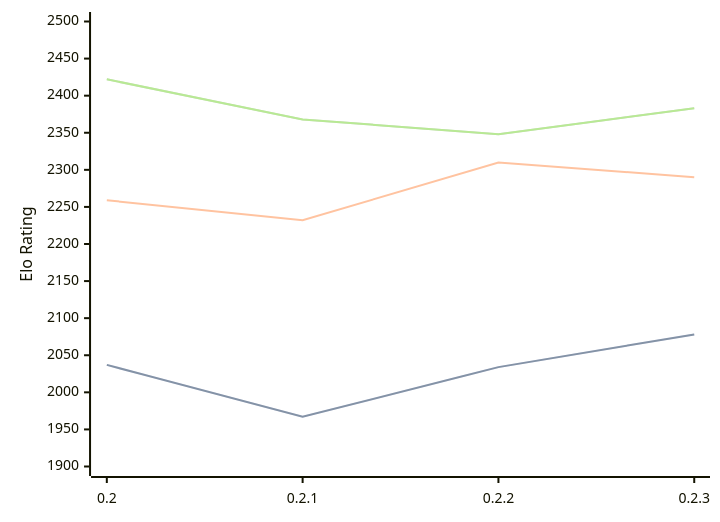
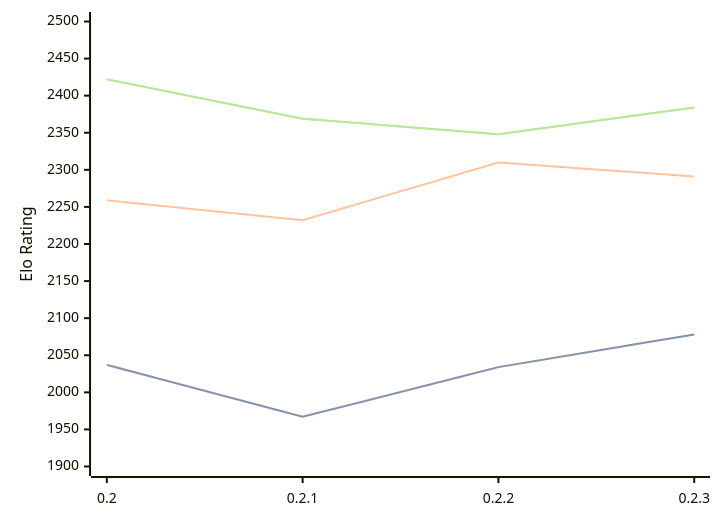
The diagram in engines/Lolbot.md (computer-chess-index/cci), drawn with Mermaid before and after one commit. The commit also changed other lines of this file, not shown here.

Commit message:
Update CCI Ratings (ELO VLTC) - 2026-02-17

````diff
--- a/engines/Lolbot.md
+++ b/engines/Lolbot.md
@@ -32,11 +32,11 @@
 ```mermaid
 %%{init: {"theme":"base","themeVariables":{"seriesColors:['#a3a3a3','#222221','#faa371']}}}%%
 xychart-beta
   x-axis ["0.2", "0.2.1", "0.2.2", "0.2.3"]
   y-axis "Elo Rating" 1900 --> 2500
   line "STC (8.0+0.08s)" [2037, 1967, 2034, 2078]
   line "STC (8.0+0.08s)" [2037, 1967, 2034, 2078]
-  line "LTC (60.0+0.60s)" [2259, 2232, 2310, 2290]
-  line "VLTC (2m24s+1.12s)" [2422, 2368, 2348, 2383]
-  line "VLTC (2m24s+1.12s)" [2422, 2368, 2348, 2383]
+  line "LTC (60.0+0.60s)" [2259, 2232, 2310, 2291]
+  line "VLTC (2m24s+1.12s)" [2422, 2369, 2348, 2384]
+  line "VLTC (2m24s+1.12s)" [2422, 2369, 2348, 2384]
 ```
````
